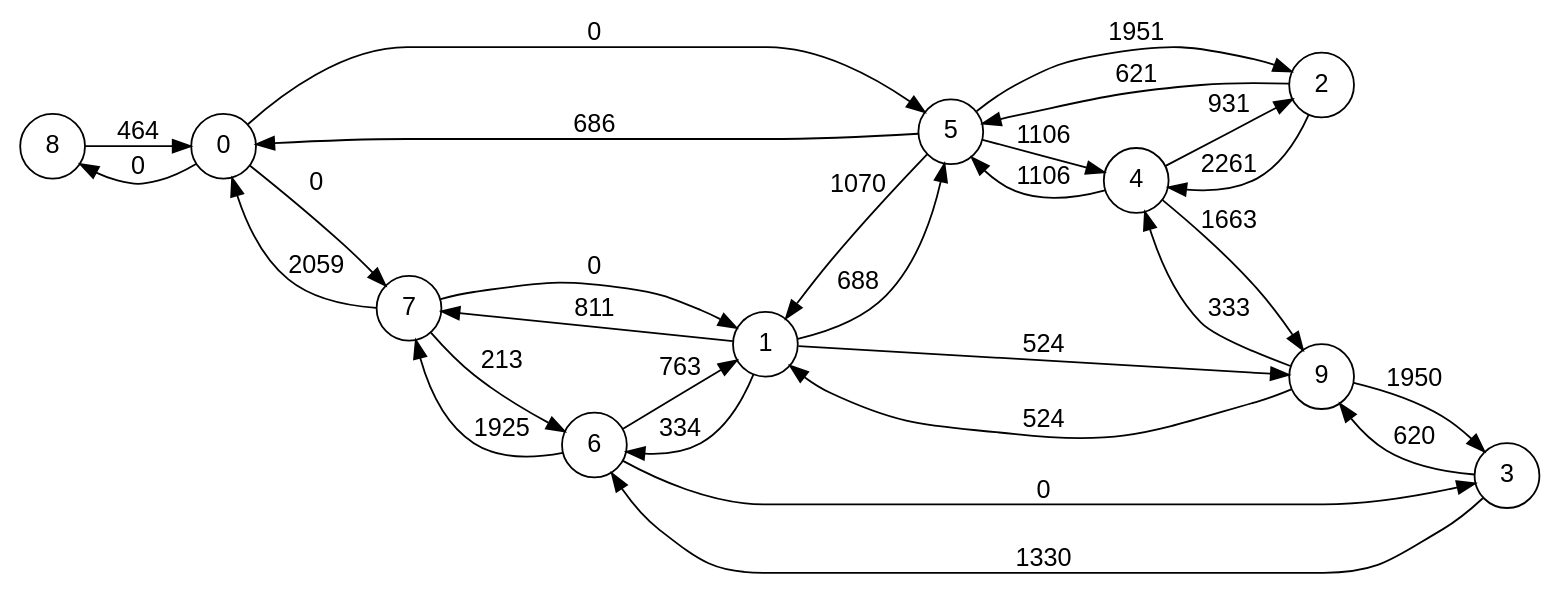
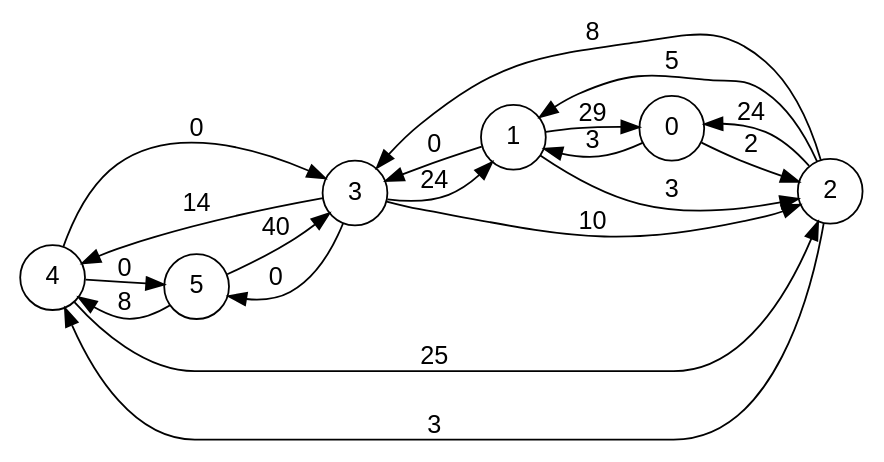
One commit to mateobwe/ocaml-maxflow-project changed the diagram in ff1.dot. Above: the diagram before and after it, drawn with Graphviz. The commit also changed 5 other files, not shown here.

```diff
--- a/ff1.dot
+++ b/ff1.dot
@@ -1,35 +1,25 @@
 digraph finite_state_machine {
   fontname="Helvetica,Arial,sans-serif"
   node [fontname="Helvetica,Arial,sans-serif"]
   edge [fontname="Helvetica,Arial,sans-serif"]
   rankdir=LR;
   node [shape = circle];
-  8 -> 0 [ label = "464" ];
-  2 -> 5 [ label = "621" ];
-  2 -> 4 [ label = "2261" ];
-  4 -> 5 [ label = "1106" ];
-  4 -> 2 [ label = "931" ];
-  4 -> 9 [ label = "1663" ];
-  9 -> 1 [ label = "524" ];
-  9 -> 4 [ label = "333" ];
-  9 -> 3 [ label = "1950" ];
-  3 -> 9 [ label = "620" ];
-  3 -> 6 [ label = "1330" ];
-  0 -> 5 [ label = "0" ];
-  0 -> 8 [ label = "0" ];
-  0 -> 7 [ label = "0" ];
-  5 -> 4 [ label = "1106" ];
-  5 -> 0 [ label = "686" ];
-  5 -> 2 [ label = "1951" ];
-  5 -> 1 [ label = "1070" ];
-  1 -> 7 [ label = "811" ];
-  1 -> 9 [ label = "524" ];
-  1 -> 5 [ label = "688" ];
-  1 -> 6 [ label = "334" ];
-  6 -> 3 [ label = "0" ];
-  6 -> 1 [ label = "763" ];
-  6 -> 7 [ label = "1925" ];
-  7 -> 1 [ label = "0" ];
-  7 -> 6 [ label = "213" ];
-  7 -> 0 [ label = "2059" ];
+  4 -> 5 [ label = "0" ];
+  4 -> 3 [ label = "0" ];
+  4 -> 2 [ label = "25" ];
+  0 -> 2 [ label = "2" ];
+  0 -> 1 [ label = "3" ];
+  5 -> 4 [ label = "8" ];
+  5 -> 3 [ label = "40" ];
+  3 -> 1 [ label = "24" ];
+  3 -> 4 [ label = "14" ];
+  3 -> 5 [ label = "0" ];
+  3 -> 2 [ label = "10" ];
+  2 -> 4 [ label = "3" ];
+  2 -> 0 [ label = "24" ];
+  2 -> 3 [ label = "8" ];
+  2 -> 1 [ label = "5" ];
+  1 -> 3 [ label = "0" ];
+  1 -> 2 [ label = "3" ];
+  1 -> 0 [ label = "29" ];
 }
```
